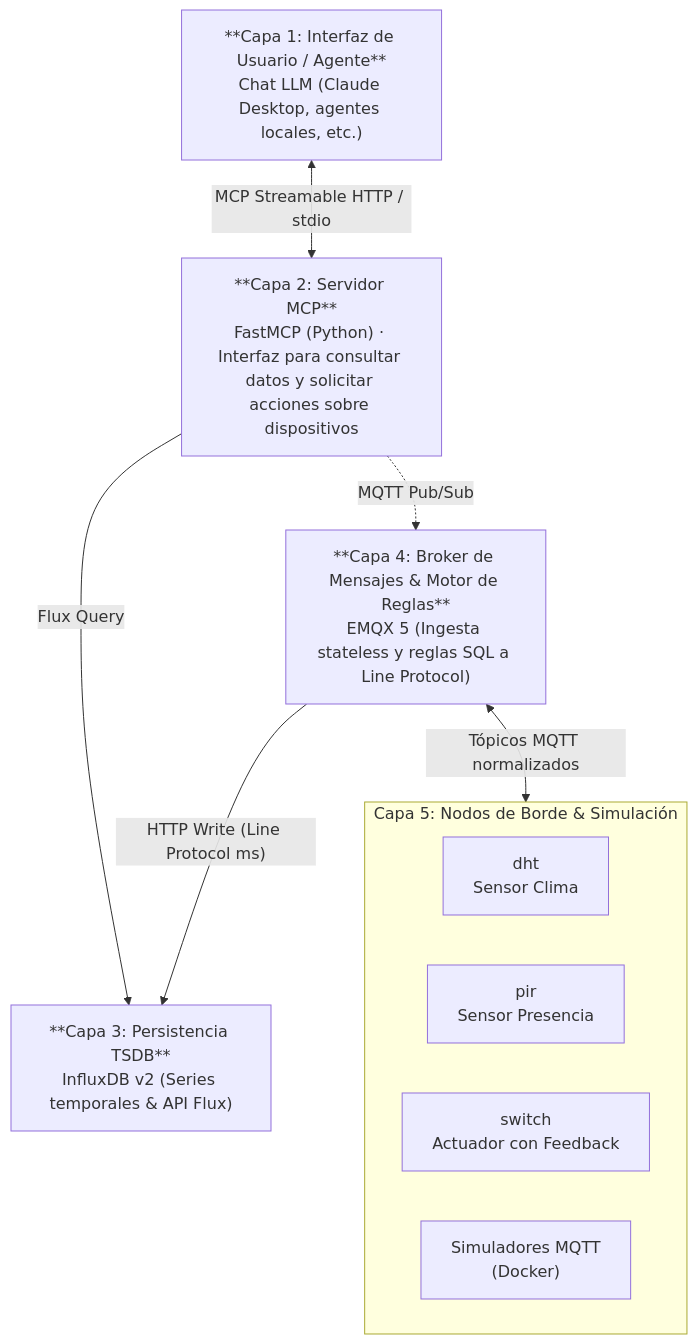
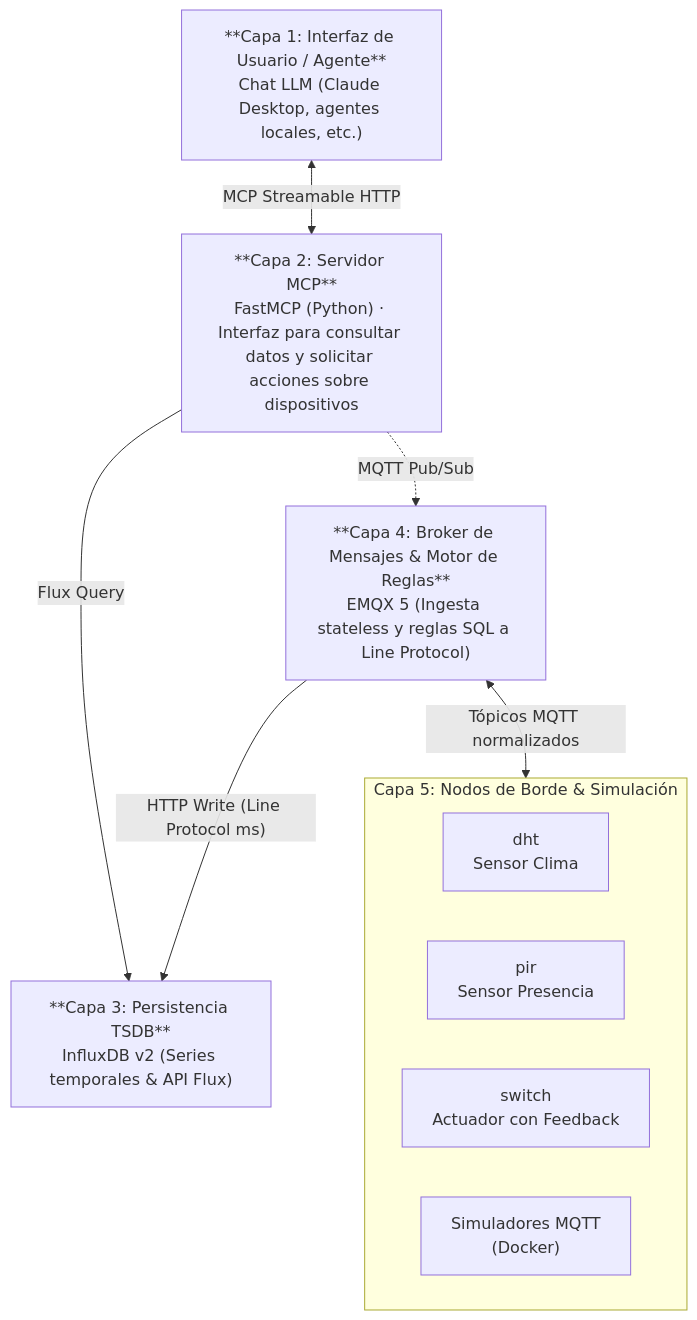
One commit to tpII/2026-g4-sensorhub changed the diagram in README.md. Above: the diagram before and after it, drawn with Mermaid. The commit also changed other lines of this file and 1 other file, not shown here.

````diff
--- a/README.md
+++ b/README.md
@@ -37,24 +37,24 @@
 ```mermaid
 flowchart TD
     C1["**Capa 1: Interfaz de Usuario / Agente**<br/>Chat LLM (Claude Desktop, agentes locales, etc.)"]
 
     C2["**Capa 2: Servidor MCP**<br/>FastMCP (Python) · Interfaz para consultar datos y solicitar acciones sobre dispositivos"]
 
     C3["**Capa 3: Persistencia TSDB**<br/>InfluxDB v2 (Series temporales & API Flux)"]
 
     C4["**Capa 4: Broker de Mensajes & Motor de Reglas**<br/>EMQX 5 (Ingesta stateless y reglas SQL a Line Protocol)"]
 
     subgraph C5["Capa 5: Nodos de Borde & Simulación"]
         direction LR
         dht["dht<br/>Sensor Clima"]
         pir["pir<br/>Sensor Presencia"]
         sw["switch<br/>Actuador con Feedback"]
         sim["Simuladores MQTT<br/>(Docker)"]
     end
 
-    C1 <-->|"MCP Streamable HTTP / stdio"| C2
+    C1 <-->|"MCP Streamable HTTP"| C2
     C2 -->|"Flux Query"| C3
     C2 -.->|"MQTT Pub/Sub"| C4
     C4 -->|"HTTP Write (Line Protocol ms)"| C3
     C4 <-->|"Tópicos MQTT normalizados"| C5
 ```
````
